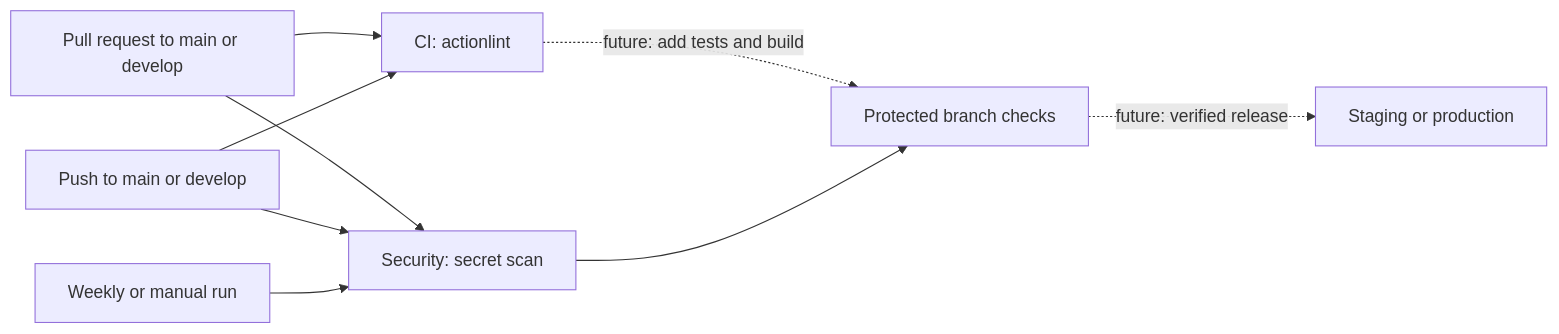
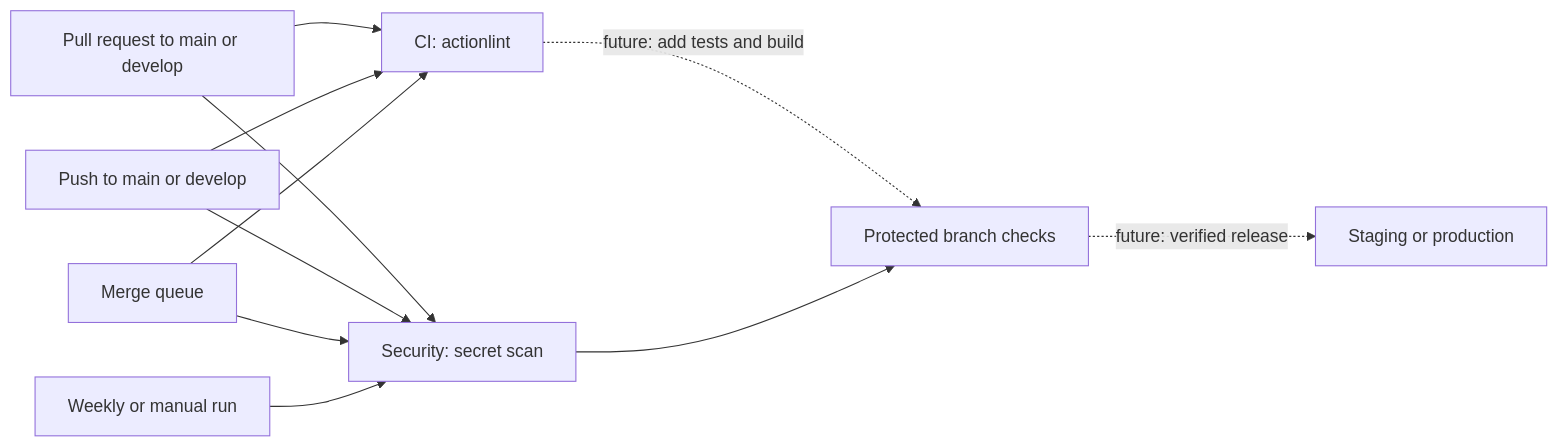
One commit to whyrijin/hack2026 changed the diagram in DEVOPS.md. Above: the diagram before and after it, drawn with Mermaid. The commit also changed other lines of this file and 3 other files, not shown here.

````diff
--- a/DEVOPS.md
+++ b/DEVOPS.md
@@ -9,11 +9,13 @@
 ```mermaid
 flowchart LR
   PR[Pull request to main or develop] --> CI[CI: actionlint]
   PR --> Security[Security: secret scan]
   Push[Push to main or develop] --> CI
   Push --> Security
+  Queue[Merge queue] --> CI
+  Queue --> Security
   Schedule[Weekly or manual run] --> Security
   CI -. future: add tests and build .-> Gate[Protected branch checks]
   Security --> Gate
   Gate -. future: verified release .-> Deploy[Staging or production]
 ```
````
